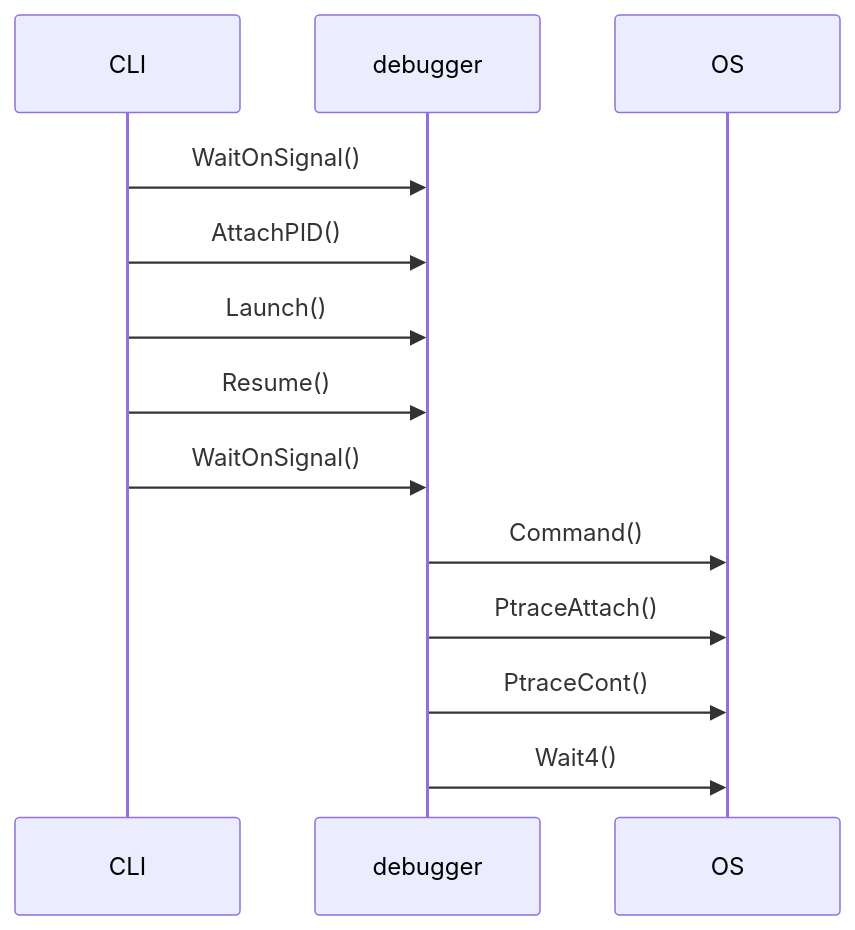
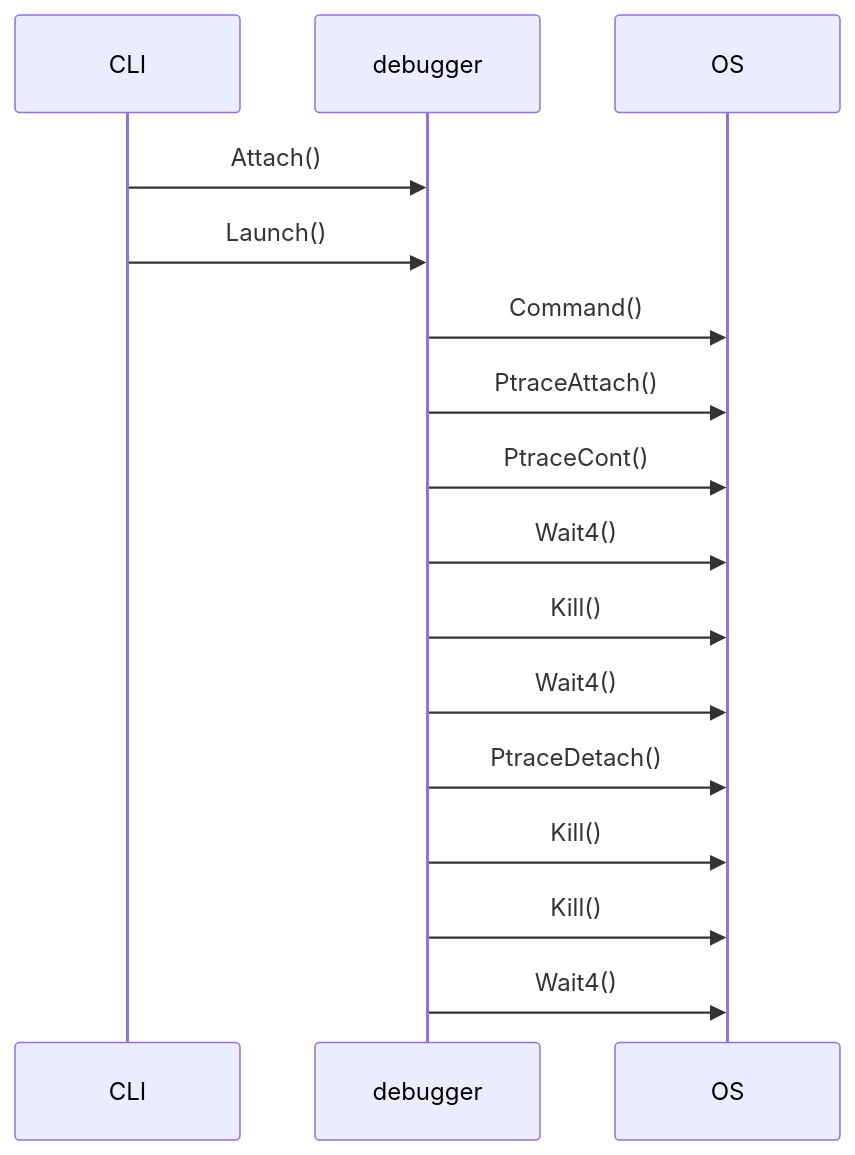
Before and after one commit to stevanovicmarko/x86-64-toy-debugger: the diagram in docs/code-flow.mmd, drawn with Mermaid. The commit also changed 7 other files, not shown here.

```diff
--- a/docs/code-flow.mmd
+++ b/docs/code-flow.mmd
@@ -1,14 +1,17 @@
 sequenceDiagram
     participant CLI
     participant debugger
     participant OS
 
-    CLI->>debugger: WaitOnSignal()
-    CLI->>debugger: AttachPID()
+    CLI->>debugger: Attach()
     CLI->>debugger: Launch()
-    CLI->>debugger: Resume()
-    CLI->>debugger: WaitOnSignal()
     debugger->>OS: Command()
     debugger->>OS: PtraceAttach()
     debugger->>OS: PtraceCont()
     debugger->>OS: Wait4()
+    debugger->>OS: Kill()
+    debugger->>OS: Wait4()
+    debugger->>OS: PtraceDetach()
+    debugger->>OS: Kill()
+    debugger->>OS: Kill()
+    debugger->>OS: Wait4()
```
